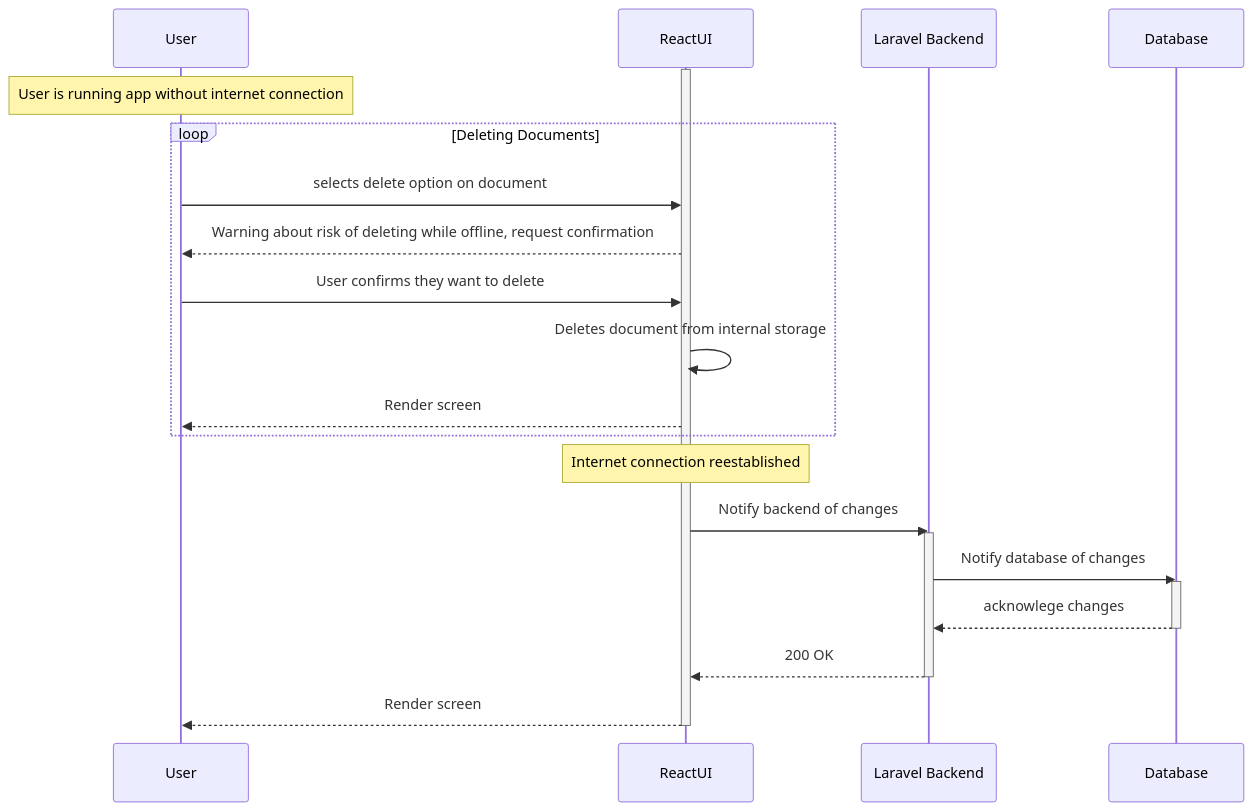
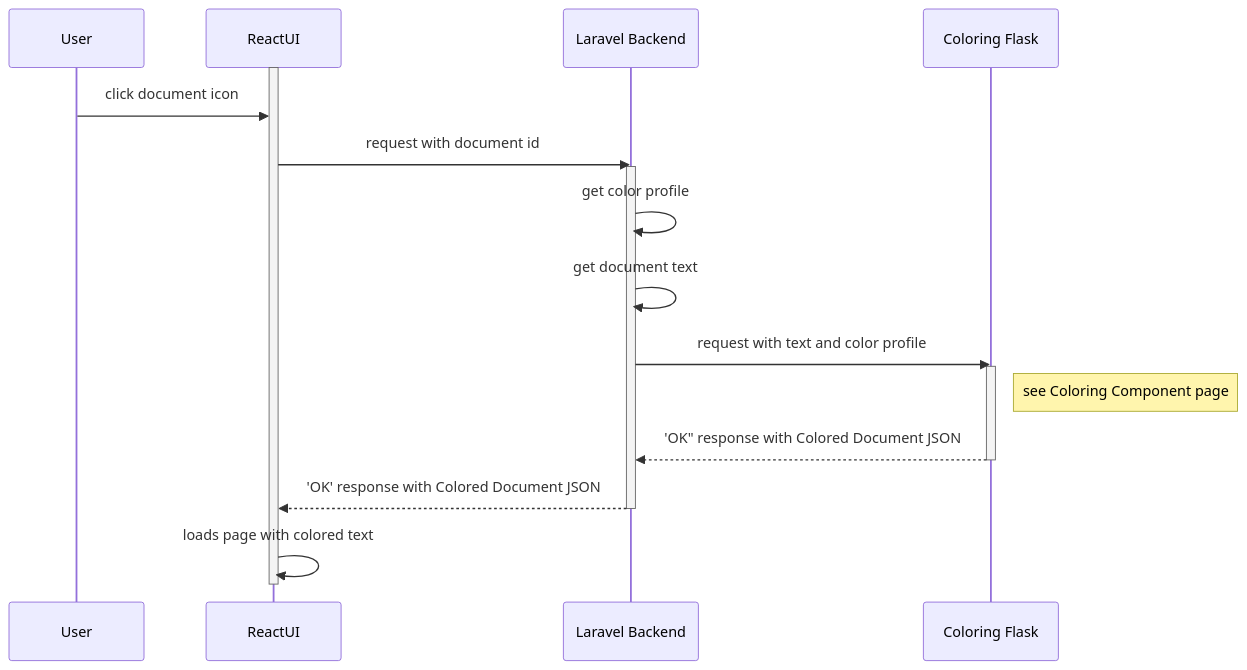
Before and after one commit to Capstone-Projects-2024-Spring/project-synesthesia-reading-app: the third of 3 diagrams in documentation/docs/requirements/use-case-descriptions.md, drawn with Mermaid. The commit also changed other lines of this file, not shown here.

````diff
--- a/documentation/docs/requirements/use-case-descriptions.md
+++ b/documentation/docs/requirements/use-case-descriptions.md
@@ -207,28 +111,30 @@
 ```mermaid
-   sequenceDiagram
-      participant User
-      participant ReactUI
-      participant Laravel Backend
-      participant Database
+sequenceDiagram
+    participant User
+    participant ReactUI
+    participant Laravel Backend
+    participant Coloring Flask
+    
+    activate ReactUI
+    
+    User->>ReactUI: click document icon
+    ReactUI->>Laravel Backend: request with document id
+    activate Laravel Backend
+    Laravel Backend->>Laravel Backend: get color profile
+    Laravel Backend->>Laravel Backend: get document text
+    
+    Laravel Backend->>Coloring Flask: request with text and color profile
+    activate Coloring Flask
+    note right of Coloring Flask: see Coloring Component page
+    Coloring Flask-->>Laravel Backend: 'OK" response with Colored Document JSON
+    deactivate Coloring Flask
+    
+    Laravel Backend-->>ReactUI: 'OK' response with Colored Document JSON
+    deactivate Laravel Backend
+    
+    ReactUI->>ReactUI: loads page with colored text
+    
+    deactivate ReactUI
 
-      activate ReactUI
-      Note over User: User is running app without internet connection
-      loop Deleting Documents
-         User->>ReactUI: selects delete option on document
-         ReactUI-->>User: Warning about risk of deleting while offline, request confirmation
-         User->>ReactUI: User confirms they want to delete
-         ReactUI->>ReactUI: Deletes document from internal storage
-         ReactUI-->>User: Render screen  
-      end
-      Note over ReactUI: Internet connection reestablished
-      ReactUI->>Laravel Backend: Notify backend of changes
-      activate Laravel Backend
-         Laravel Backend->>Database: Notify database of changes
-         activate Database
-            Database-->>Laravel Backend: acknowlege changes
-         deactivate Database
-         Laravel Backend-->> ReactUI: 200 OK
-      deactivate Laravel Backend
-      ReactUI-->>User: Render screen
-      deactivate ReactUI
+
 ```
````
